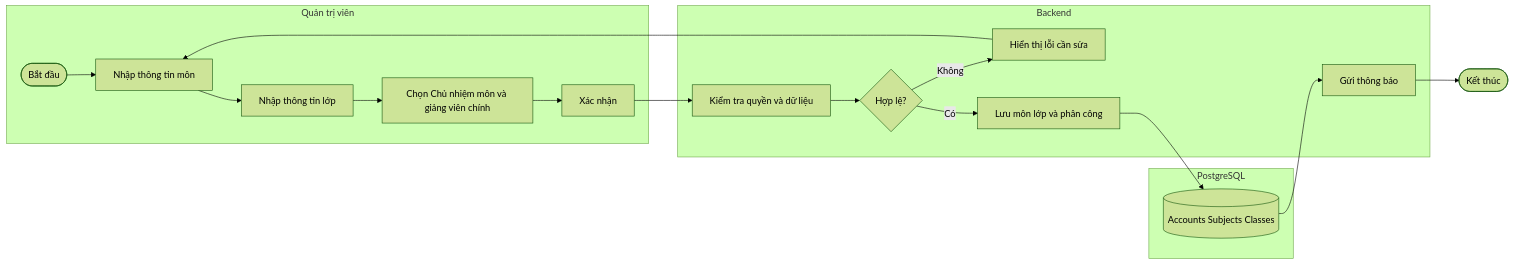
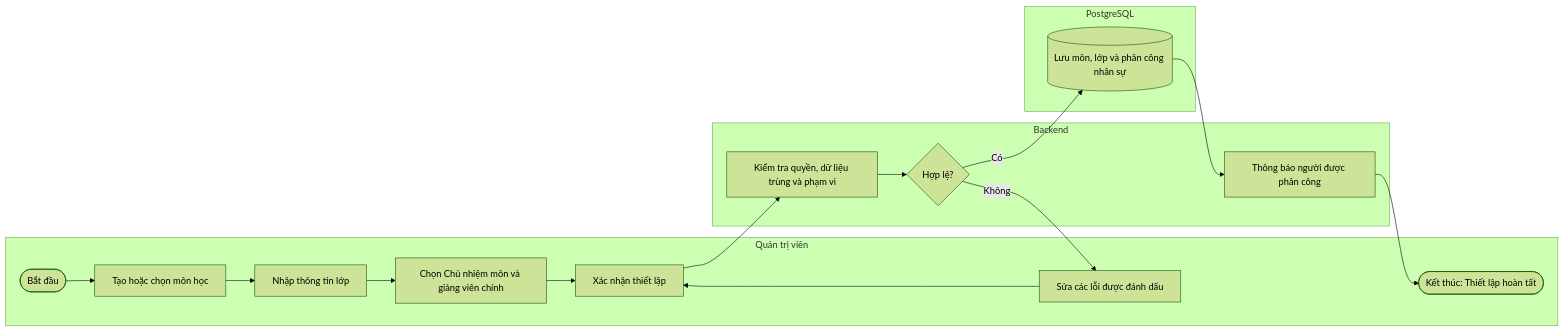
Before and after one commit to hygef-v4/AI-Powered-Learning-Platform: the second of 9 diagrams in aidlc-docs/inception/application-design/business-flows.md, drawn with Mermaid (forest theme). The commit also changed other lines of this file and 22 other files, not shown here.

Commit message:
fix business flow diagram

````diff
--- a/aidlc-docs/inception/application-design/business-flows.md
+++ b/aidlc-docs/inception/application-design/business-flows.md
@@ -44,22 +58,22 @@
 ```mermaid
 flowchart LR
     subgraph A["Quản trị viên"]
-        A1([Bắt đầu]) --> A2[Nhập thông tin môn]
+        A1([Bắt đầu]) --> A2[Tạo hoặc chọn môn học]
         A3[Nhập thông tin lớp]
         A4[Chọn Chủ nhiệm môn và giảng viên chính]
-        A5[Xác nhận]
+        A5[Xác nhận thiết lập]
+        A6[Sửa các lỗi được đánh dấu]
+        A7(["Kết thúc: Thiết lập hoàn tất"])
     end
     subgraph B["Backend"]
-        B1[Kiểm tra quyền và dữ liệu]
+        B1[Kiểm tra quyền, dữ liệu trùng và phạm vi]
         B2{Hợp lệ?}
-        B3[Hiển thị lỗi cần sửa]
-        B4[Lưu môn lớp và phân công]
-        B5[Gửi thông báo]
+        B3[Thông báo người được phân công]
     end
     subgraph D["PostgreSQL"]
-        D1[(Accounts Subjects Classes)]
+        D1[(Lưu môn, lớp và phân công nhân sự)]
     end
     A2 --> A3 --> A4 --> A5 --> B1 --> B2
-    B2 -- Không --> B3 --> A2
-    B2 -- Có --> B4 --> D1 --> B5 --> A6([Kết thúc])
+    B2 -->|Không| A6 --> A5
+    B2 -->|Có| D1 --> B3 --> A7
 ```
````
